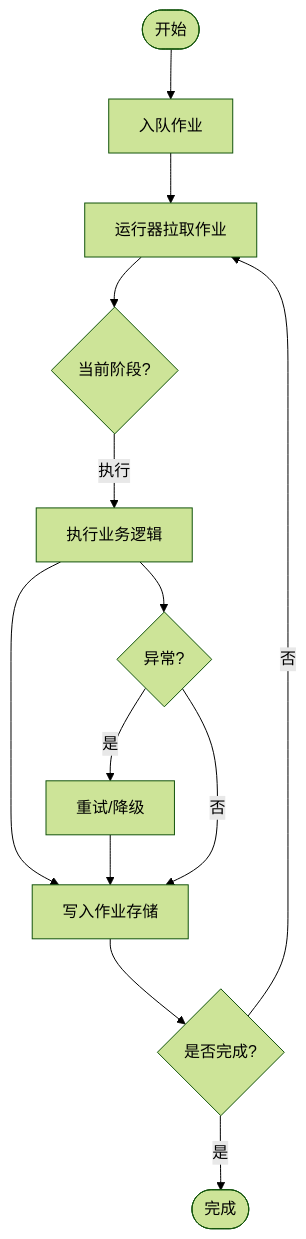
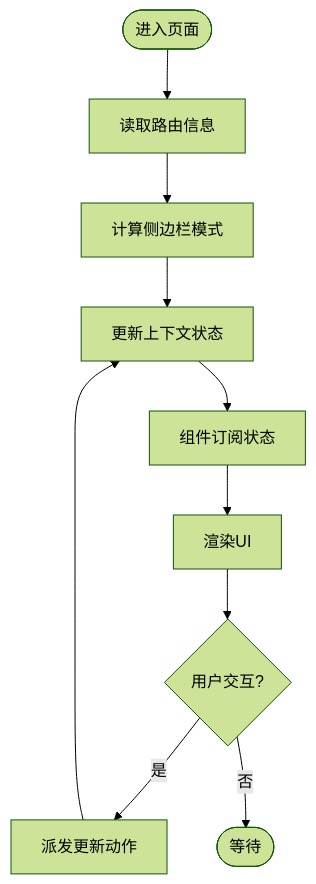
One commit to scottcwy/PurpleInk changed the third of 6 diagrams in .qoder/repowiki/zh/content/前端架构/状态管理.md. Above: the diagram before and after it, drawn with Mermaid (forest theme). The commit also changed other lines of this file and 872 other files, not shown here.

````diff
--- a/.qoder/repowiki/zh/content/前端架构/状态管理.md
+++ b/.qoder/repowiki/zh/content/前端架构/状态管理.md
@@ -143,15 +174,12 @@
 ```mermaid
 flowchart TD
-Start(["开始"]) --> Enqueue["入队作业"]
-Enqueue --> Run["运行器拉取作业"]
-Run --> Stage{"当前阶段?"}
-Stage --> |执行| Execute["执行业务逻辑"]
-Execute --> Persist["写入作业存储"]
-Persist --> NextStage{"是否完成?"}
-NextStage --> |否| Run
-NextStage --> |是| Done(["完成"])
-Execute --> Error{"异常?"}
-Error --> |是| Retry["重试/降级"]
-Retry --> Persist
-Error --> |否| Persist
+Start(["进入页面"]) --> ReadRoute["读取路由信息"]
+ReadRoute --> ComputeSidebar["计算侧边栏模式"]
+ComputeSidebar --> UpdateState["更新上下文状态"]
+UpdateState --> Subscribe["组件订阅状态"]
+Subscribe --> Render["渲染UI"]
+Render --> UserAction{"用户交互?"}
+UserAction --> |是| Dispatch["派发更新动作"]
+Dispatch --> UpdateState
+UserAction --> |否| End(["等待"])
 ```
````
